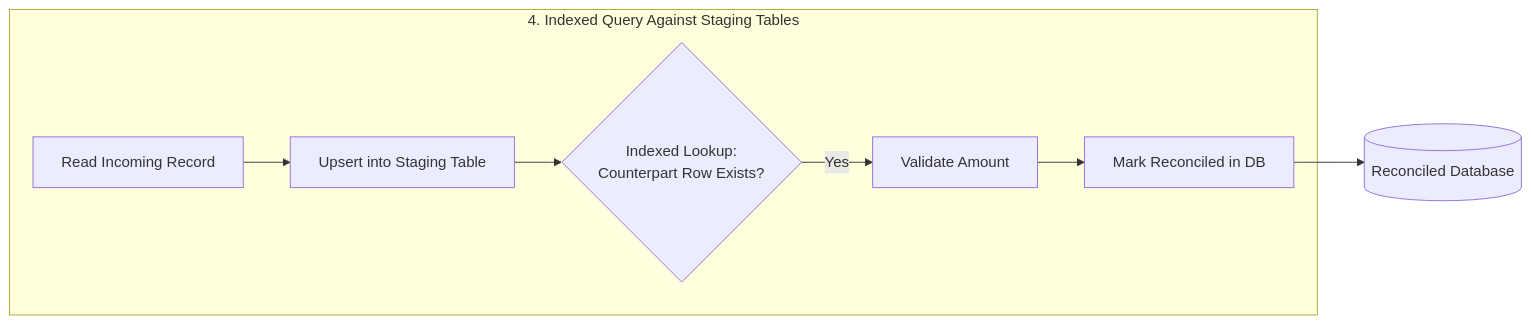
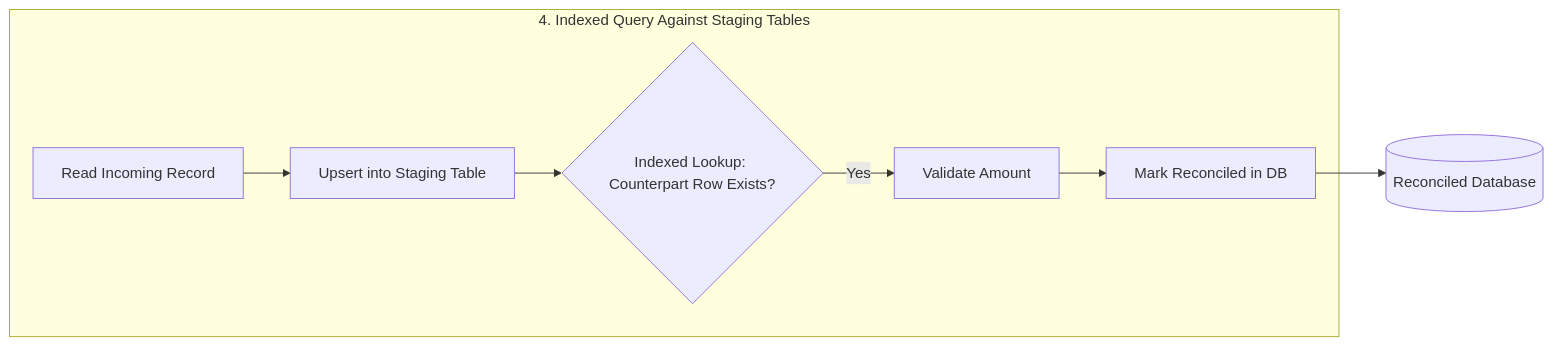
Before and after one commit to Chandra179/atlas: the third of 3 diagrams in blog/astro/src/content/docs/reconcile-service.md, drawn with Mermaid. The commit also changed 14 other files, not shown here.

````diff
--- a/blog/astro/src/content/docs/reconcile-service.md
+++ b/blog/astro/src/content/docs/reconcile-service.md
@@ -160,11 +160,11 @@
 ```mermaid
 flowchart LR
     subgraph Durable_Matching [4. Indexed Query Against Staging Tables]
         M1[Read Incoming Record] --> M2[Upsert into Staging Table]
-        M2 --> M3{Indexed Lookup:<br/>Counterpart Row Exists?}
+        M2 --> M3{Indexed Lookup: Counterpart Row Exists?}
         M3 -->|Yes| M4[Validate Amount]
         M4 --> M5[Mark Reconciled in DB]
     end
 
     M5 --> DB[(Reconciled Database)]
 ```
````
